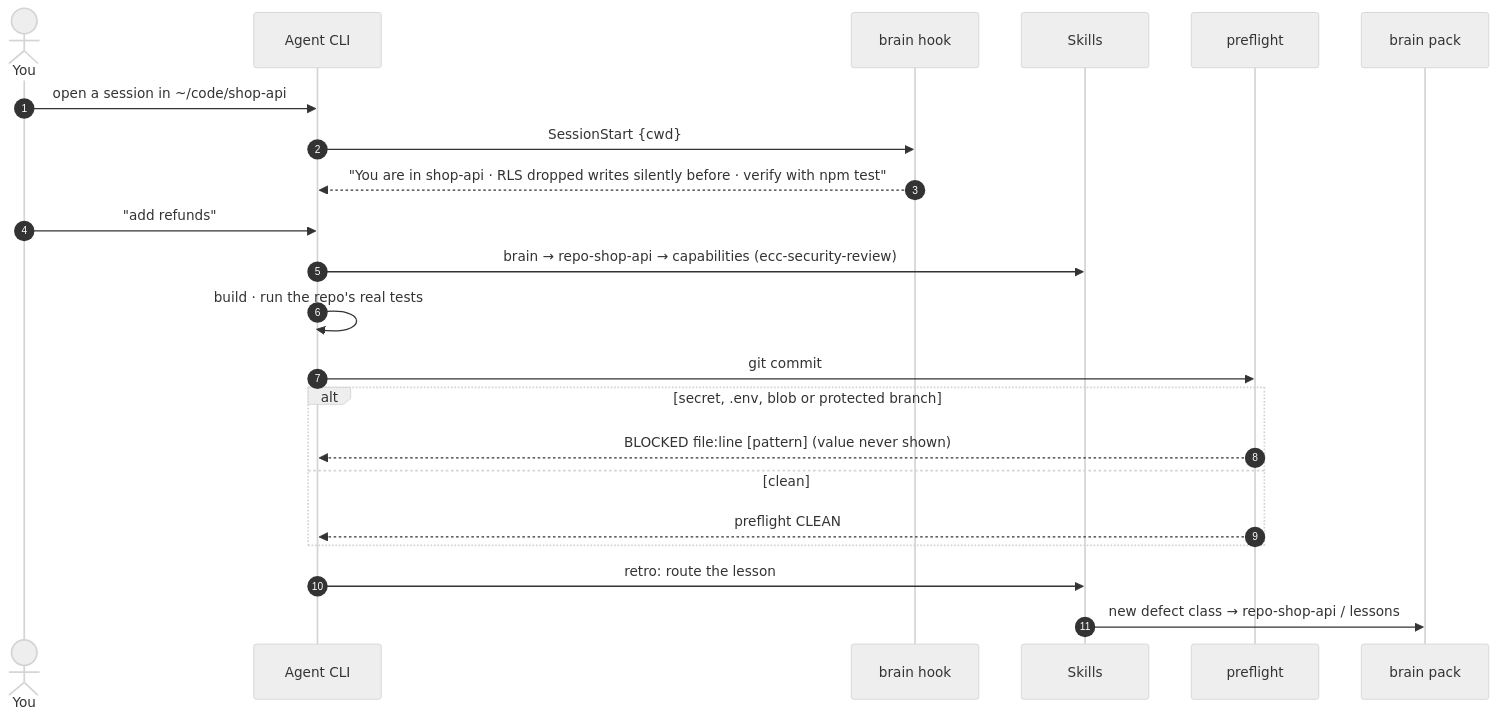
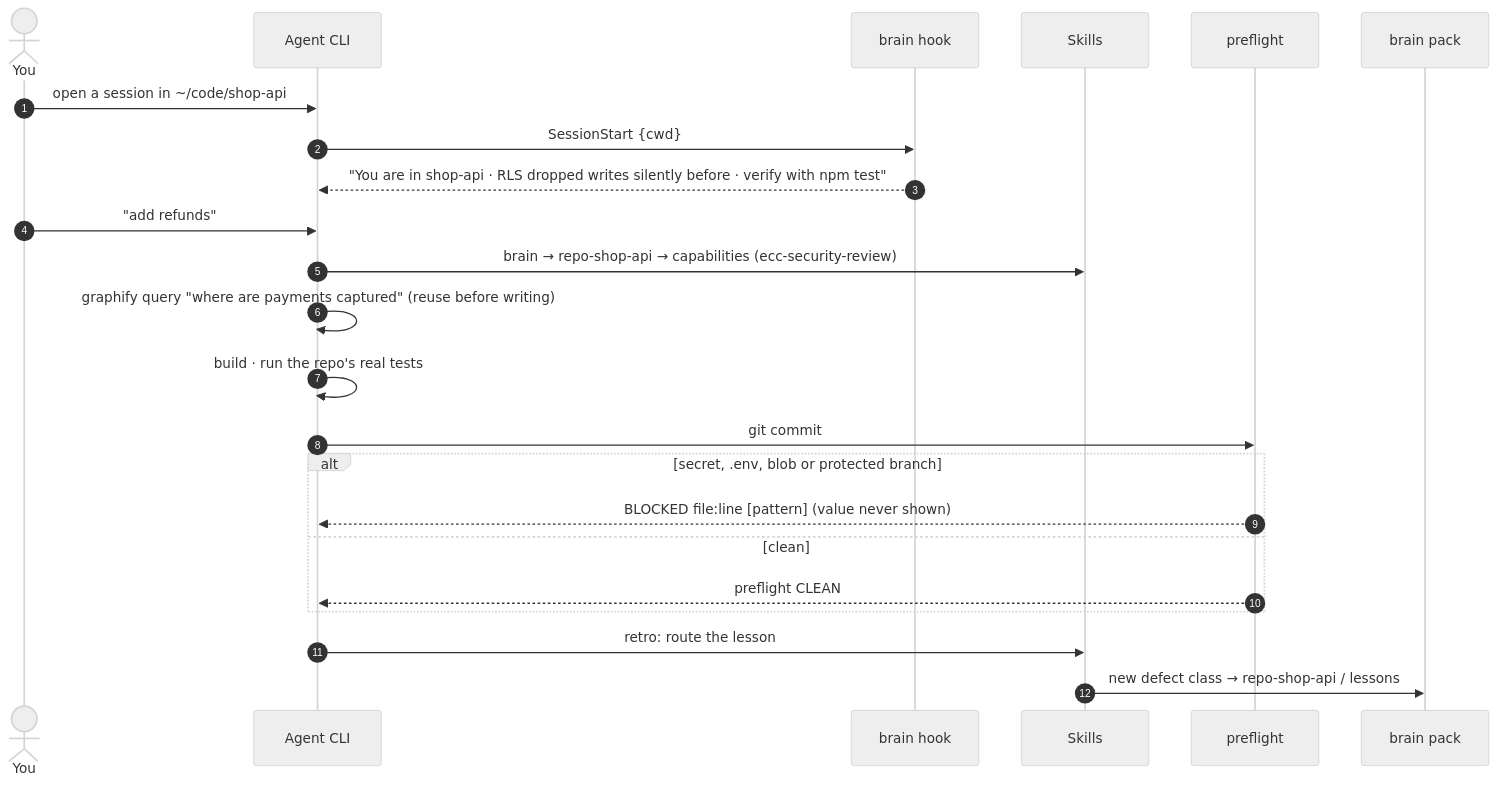
One commit to imodoiepale/crossbrain changed the second of 8 diagrams in README.md. Above: the diagram before and after it, drawn with Mermaid (neutral theme). The commit also changed other lines of this file and 204 other files, not shown here.

````diff
--- a/README.md
+++ b/README.md
@@ -142,25 +151,26 @@
 ```mermaid
 sequenceDiagram
   autonumber
   actor You
   participant Agent as Agent CLI
   participant Hook as brain hook
   participant Skills as Skills
   participant Gate as preflight
   participant Pack as brain pack
 
   You->>Agent: open a session in ~/code/shop-api
   Agent->>Hook: SessionStart {cwd}
   Hook-->>Agent: "You are in shop-api · RLS dropped writes silently before · verify with npm test"
   You->>Agent: "add refunds"
   Agent->>Skills: brain → repo-shop-api → capabilities (ecc-security-review)
+  Agent->>Agent: graphify query "where are payments captured" (reuse before writing)
   Agent->>Agent: build · run the repo's real tests
   Agent->>Gate: git commit
   alt secret, .env, blob or protected branch
     Gate-->>Agent: BLOCKED file:line [pattern] (value never shown)
   else clean
     Gate-->>Agent: preflight CLEAN
   end
   Agent->>Skills: retro: route the lesson
   Skills->>Pack: new defect class → repo-shop-api / lessons
 ```
````
